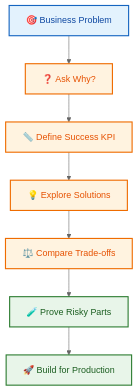
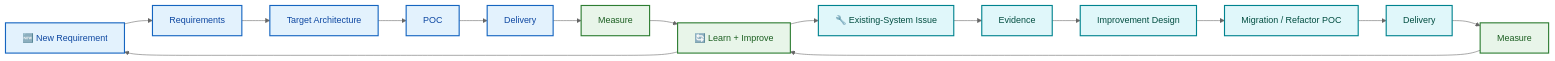
Before and after one commit to azam123/awesome-ai-engineer: the third of 24 diagrams in AI-Solution-Architect-Interview-and-Daily-Working-Playbook.md, drawn with Mermaid (neutral theme). The commit also changed other lines of this file, not shown here.

Commit message:
Expand architect role and AI cost/FinOps guidance

````diff
--- a/AI-Solution-Architect-Interview-and-Daily-Working-Playbook.md
+++ b/AI-Solution-Architect-Interview-and-Daily-Working-Playbook.md
@@ -183,15 +242,15 @@
-```mermaid
-flowchart TD
-    A["🎯 Business Problem"] --> B["❓ Ask Why?"]
-    B --> C["📏 Define Success KPI"]
-    C --> D["💡 Explore Solutions"]
-    D --> E["⚖️ Compare Trade-offs"]
-    E --> F["🧪 Prove Risky Parts"]
-    F --> G["🚀 Build for Production"]
-    classDef business fill:#E3F2FD,stroke:#1565C0,color:#0D47A1,stroke-width:2px
-    classDef decision fill:#FFF3E0,stroke:#EF6C00,color:#E65100,stroke-width:2px
-    classDef validation fill:#E8F5E9,stroke:#2E7D32,color:#1B5E20,stroke-width:2px
-    class A business
-    class B,C,D,E decision
-    class F,G validation
-```
+~~~mermaid
+flowchart LR
+N["🆕 New Requirement"]-->NR["Requirements"]-->NA["Target Architecture"]-->NP["POC"]-->ND["Delivery"]-->NM["Measure"]
+I["🔧 Existing-System Issue"]-->E["Evidence"]-->IA["Improvement Design"]-->MP["Migration / Refactor POC"]-->MD["Delivery"]-->IM["Measure"]
+NM-->LOOP["🔄 Learn + Improve"]
+IM-->LOOP
+LOOP-->N
+LOOP-->I
+classDef new fill:#E3F2FD,stroke:#1565C0,color:#0D47A1,stroke-width:2px
+classDef improve fill:#E0F7FA,stroke:#00838F,color:#004D40,stroke-width:2px
+classDef measure fill:#E8F5E9,stroke:#2E7D32,color:#1B5E20,stroke-width:2px
+class N,NR,NA,NP,ND new
+class I,E,IA,MP,MD improve
+class NM,IM,LOOP measure
+~~~
````
